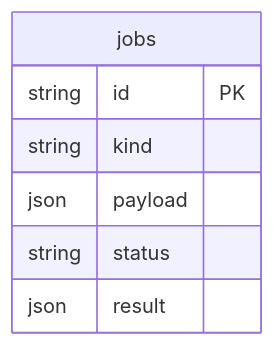
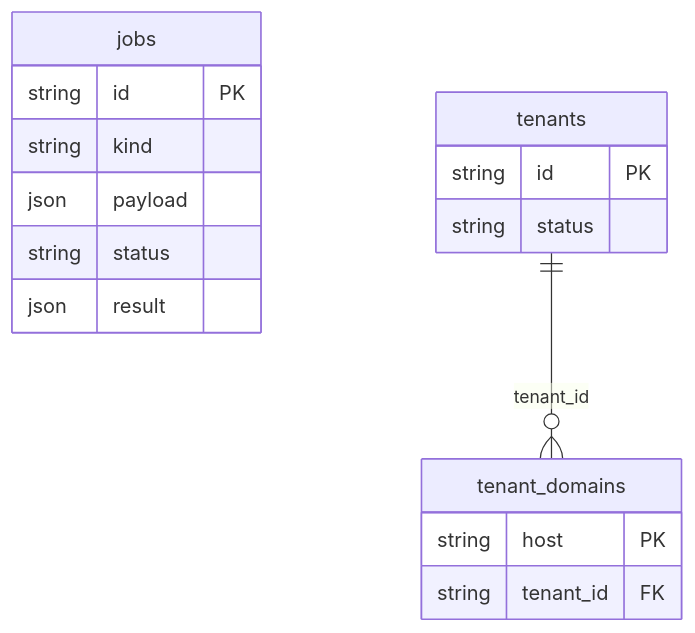
One commit to jayendukumar/agentify changed the eighth of 8 diagrams in docs/wiki/Data-Model.md. Above: the diagram before and after it, drawn with Mermaid. The commit also changed other lines of this file and 38 other files, not shown here.

````diff
--- a/docs/wiki/Data-Model.md
+++ b/docs/wiki/Data-Model.md
@@ -565,10 +573,19 @@
 ```mermaid
 erDiagram
     jobs {
         string id PK
         string kind
         json payload
         string status
         json result
     }
+    tenants {
+        string id PK
+        string status
+    }
+    tenant_domains {
+        string host PK
+        string tenant_id FK
+    }
+    tenants ||--o{ tenant_domains : "tenant_id"
 ```
````
